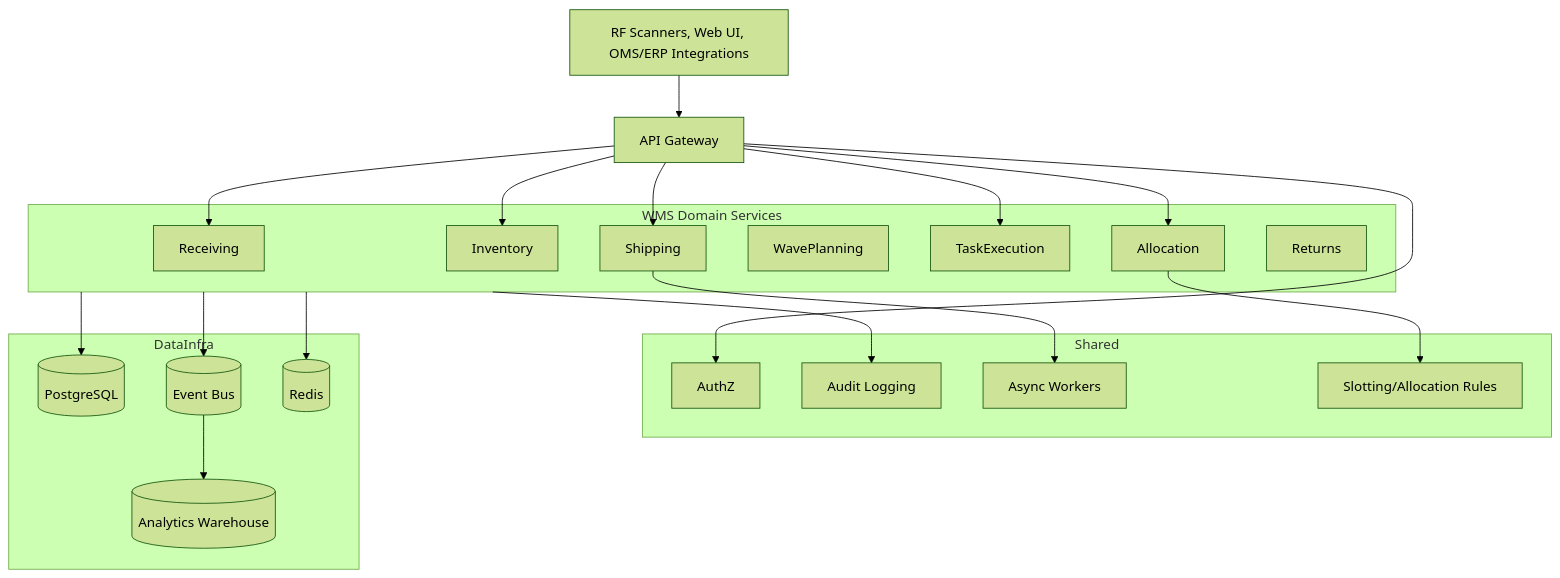
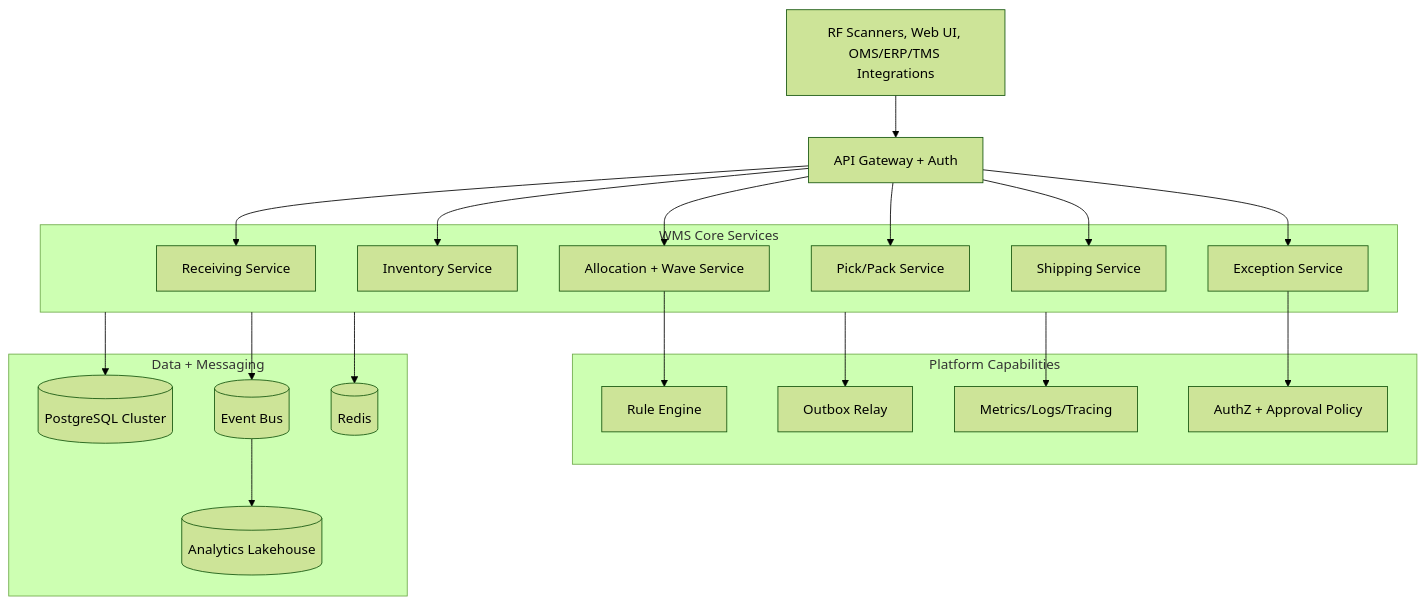
One commit to 0Ankit0/Project-Ideas changed the diagram in Warehouse Management System/high-level-design/architecture-diagram.md. Above: the diagram before and after it, drawn with Mermaid (forest theme). The commit also changed other lines of this file and 38 other files, not shown here.

Commit message:
Deepen WMS event, data dictionary, and edge-case coverage

````diff
--- a/Warehouse Management System/high-level-design/architecture-diagram.md
+++ b/Warehouse Management System/high-level-design/architecture-diagram.md
@@ -3,44 +3,44 @@
 ```mermaid
 flowchart TB
-    Channels[RF Scanners, Web UI, OMS/ERP Integrations] --> Edge[API Gateway]
+    Channels[RF Scanners, Web UI, OMS/ERP/TMS Integrations] --> Edge[API Gateway + Auth]
 
-    subgraph Services[WMS Domain Services]
-      Receiving
-      Inventory
-      Allocation
-      WavePlanning
-      TaskExecution
-      Shipping
-      Returns
+    subgraph CoreServices[WMS Core Services]
+      Receiving[Receiving Service]
+      Inventory[Inventory Service]
+      Allocation[Allocation + Wave Service]
+      Fulfillment[Pick/Pack Service]
+      Shipping[Shipping Service]
+      Exception[Exception Service]
     end
 
     Edge --> Receiving
     Edge --> Inventory
     Edge --> Allocation
-    Edge --> TaskExecution
+    Edge --> Fulfillment
     Edge --> Shipping
+    Edge --> Exception
 
-    subgraph Shared
-      Auth[AuthZ]
-      Audit[Audit Logging]
-      Jobs[Async Workers]
-      Rules[Slotting/Allocation Rules]
+    subgraph Platform[Platform Capabilities]
+      RuleEngine[Rule Engine]
+      Outbox[Outbox Relay]
+      Observability[Metrics/Logs/Tracing]
+      Policy[AuthZ + Approval Policy]
     end
 
-    Edge --> Auth
-    Allocation --> Rules
-    Services --> Audit
-    Shipping --> Jobs
+    Allocation --> RuleEngine
+    CoreServices --> Outbox
+    CoreServices --> Observability
+    Exception --> Policy
 
-    subgraph DataInfra
-      DB[(PostgreSQL)]
+    subgraph DataInfra[Data + Messaging]
+      DB[(PostgreSQL Cluster)]
       MQ[(Event Bus)]
       Cache[(Redis)]
-      BI[(Analytics Warehouse)]
+      Lake[(Analytics Lakehouse)]
     end
 
-    Services --> DB
-    Services --> MQ
-    Services --> Cache
-    MQ --> BI
+    CoreServices --> DB
+    CoreServices --> MQ
+    CoreServices --> Cache
+    MQ --> Lake
 ```
````
